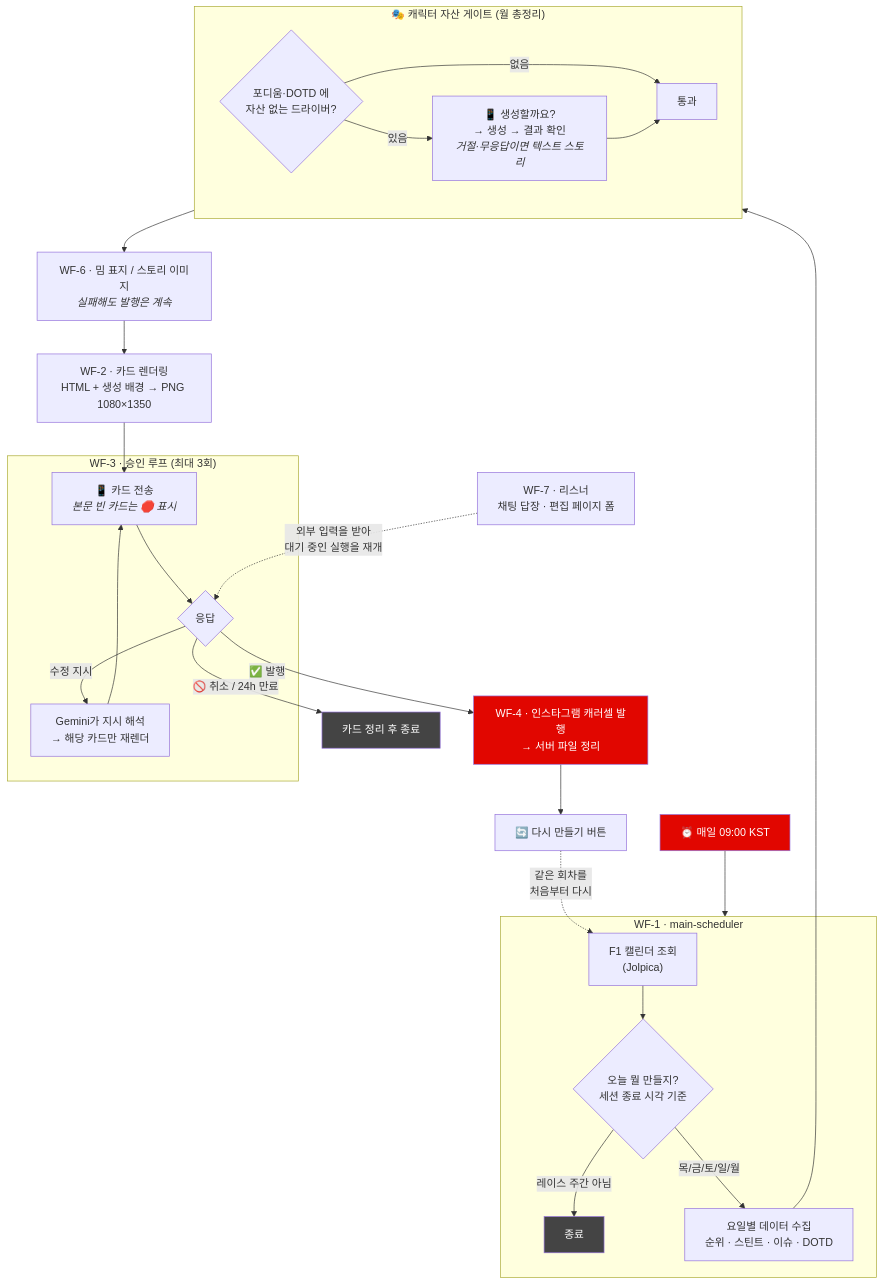
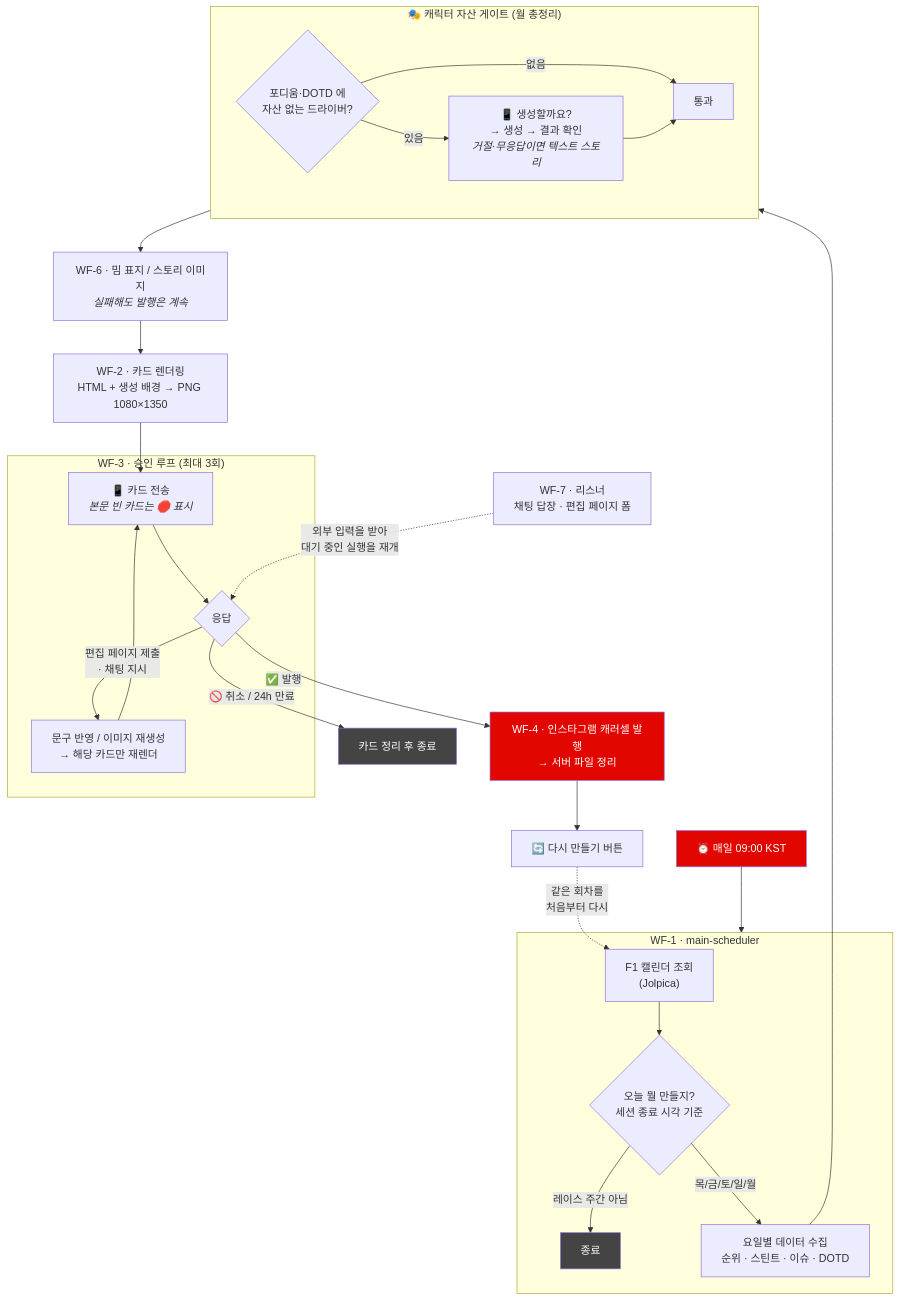
The diagram in README.md (anotheranotherhoon/f1-cardnews-automation), drawn with Mermaid before and after one commit. The commit also changed other lines of this file, not shown here.

First line of the commit message:
README: 수정 경로를 편집 페이지 기준으로 바로잡음

````diff
--- a/README.md
+++ b/README.md
@@ -19,40 +27,40 @@
 ```mermaid
 flowchart TD
     T["⏰ 매일 09:00 KST"] --> W1
 
     subgraph W1 ["WF-1 · main-scheduler"]
         C["F1 캘린더 조회<br/>(Jolpica)"] --> D{"오늘 뭘 만들지?<br/>세션 종료 시각 기준"}
         D -->|레이스 주간 아님| X["종료"]
         D -->|목/금/토/일/월| DATA["요일별 데이터 수집<br/>순위 · 스틴트 · 이슈 · DOTD"]
     end
 
     DATA --> GATE
 
     subgraph GATE ["🎭 캐릭터 자산 게이트 (월 총정리)"]
         G1{"포디움·DOTD 에<br/>자산 없는 드라이버?"} -->|없음| G3["통과"]
         G1 -->|있음| G2["📱 생성할까요?<br/>→ 생성 → 결과 확인<br/><i>거절·무응답이면 텍스트 스토리</i>"]
         G2 --> G3
     end
 
     GATE --> W6
     W6["WF-6 · 밈 표지 / 스토리 이미지<br/><i>실패해도 발행은 계속</i>"] --> W2
     W2["WF-2 · 카드 렌더링<br/>HTML + 생성 배경 → PNG 1080×1350"] --> W3
 
     subgraph LOOP ["WF-3 · 승인 루프 (최대 3회)"]
         W3["📱 카드 전송<br/><i>본문 빈 카드는 🛑 표시</i>"] --> Q{"응답"}
-        Q -->|"수정 지시"| FIX["Gemini가 지시 해석<br/>→ 해당 카드만 재렌더"]
+        Q -->|"편집 페이지 제출<br/>· 채팅 지시"| FIX["문구 반영 / 이미지 재생성<br/>→ 해당 카드만 재렌더"]
         FIX --> W3
     end
 
     Q -->|"🚫 취소 / 24h 만료"| CAN["카드 정리 후 종료"]
     Q -->|"✅ 발행"| W4["WF-4 · 인스타그램 캐러셀 발행<br/>→ 서버 파일 정리"]
     W4 --> RE["🔄 다시 만들기 버튼"]
     RE -.->|"같은 회차를<br/>처음부터 다시"| C
 
     W7["WF-7 · 리스너<br/>채팅 답장 · 편집 페이지 폼"] -.->|"외부 입력을 받아<br/>대기 중인 실행을 재개"| Q
 
     style T fill:#e10600,color:#fff
     style W4 fill:#e10600,color:#fff
     style X fill:#444,color:#fff
     style CAN fill:#444,color:#fff
 ```
````
